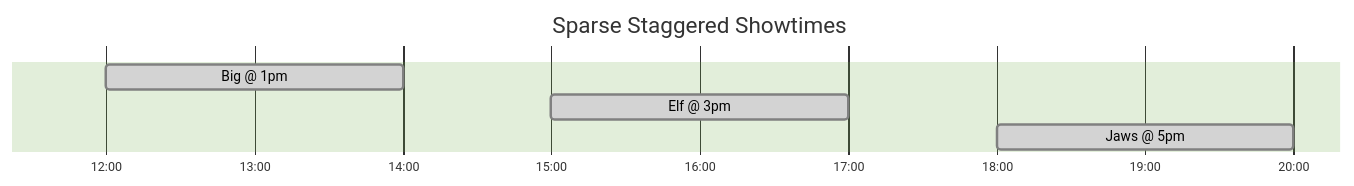
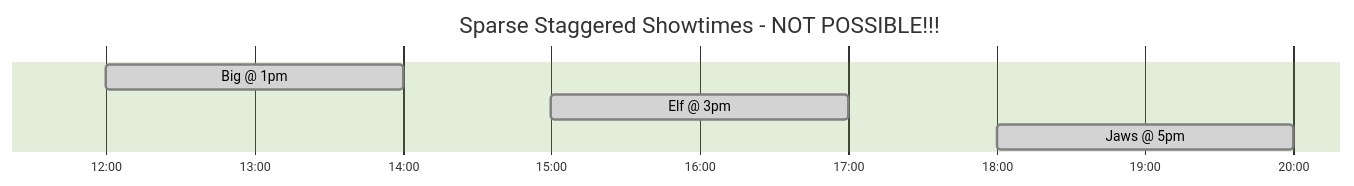
The fifth of 9 diagrams in lightning-talk/lightning-talk-charts.md (nurih/stream-processing-atlas-demo), drawn with Mermaid before and after one commit. The commit also changed other lines of this file and 6 other files, not shown here.

````diff
--- a/lightning-talk/lightning-talk-charts.md
+++ b/lightning-talk/lightning-talk-charts.md
@@ -110,16 +112,16 @@
 ```mermaid
 ---
 config:
   theme: forest
 ---
 gantt
     dateFormat HH:mm
     axisFormat %H:%M
     tickInterval 30minutes
     todayMarker off
 
-    title Sparse Staggered Showtimes
+    title Sparse Staggered Showtimes - NOT POSSIBLE!!!
     Big @ 1pm :done, des1, 12:00, 2h
     Elf @ 3pm :done, des2, 15:00, 2h
     Jaws @ 5pm :done, des3, 18:00, 2h
 ```
````
